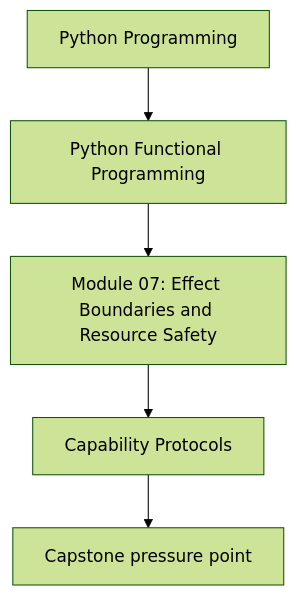
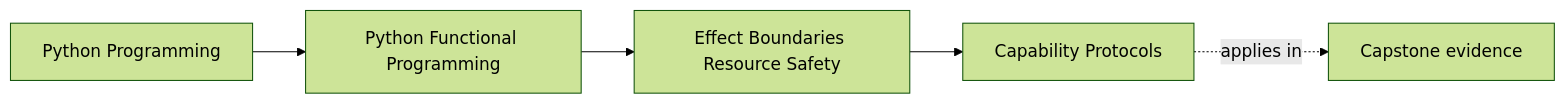
One commit to bijux/bijux-masterclass changed the first of 2 diagrams in programs/python-programming/python-functional-programming/course-book/module-07-effect-boundaries-resource-safety/capability-protocols.md. Above: the diagram before and after it, drawn with Mermaid (forest theme). The commit also changed other lines of this file and 108 other files, not shown here.

Commit message:
docs(python-functional-programming): map capstone and advanced design surfaces

````diff
--- a/programs/python-programming/python-functional-programming/course-book/module-07-effect-boundaries-resource-safety/capability-protocols.md
+++ b/programs/python-programming/python-functional-programming/course-book/module-07-effect-boundaries-resource-safety/capability-protocols.md
@@ -7,7 +7,11 @@
 ```mermaid
-flowchart TD
-  family["Python Programming"] --> program["Python Functional Programming"]
-  program --> module["Module 07: Effect Boundaries and Resource Safety"]
-  module --> concept["Capability Protocols"]
-  concept --> capstone["Capstone pressure point"]
+graph LR
+  family["Python Programming"]
+  program["Python Functional Programming"]
+  section["Effect Boundaries Resource Safety"]
+  page["Capability Protocols"]
+  capstone["Capstone evidence"]
+
+  family --> program --> section --> page
+  page -.applies in.-> capstone
 ```
````
